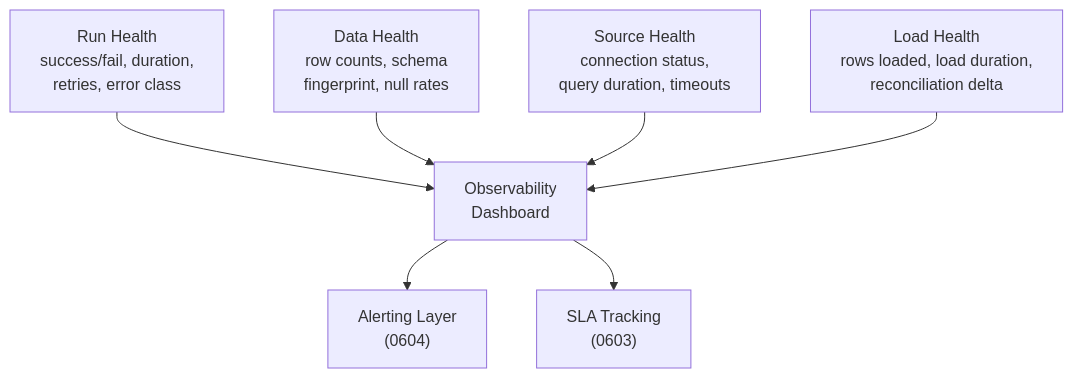
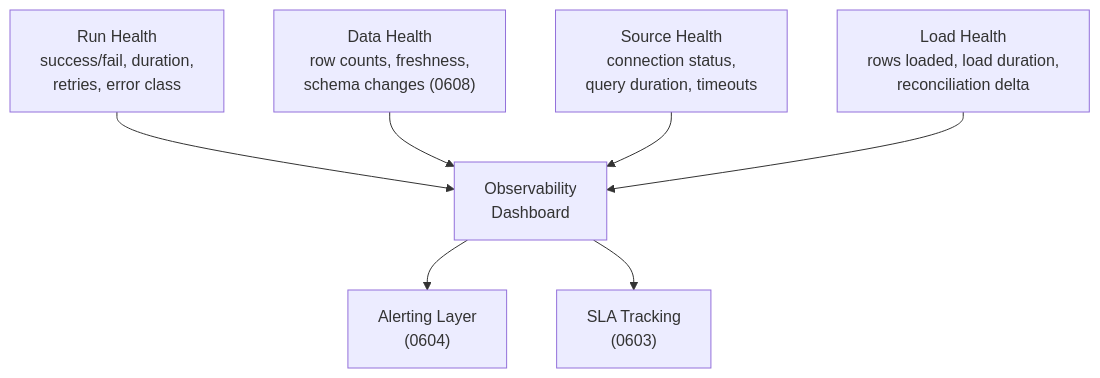
The diagram in 06-operating-the-pipeline/0601-monitoring-observability.md (alonsoburon/libro_el), drawn with Mermaid before and after one commit. The commit also changed other lines of this file and 37 other files, not shown here.

````diff
--- a/06-operating-the-pipeline/0601-monitoring-observability.md
+++ b/06-operating-the-pipeline/0601-monitoring-observability.md
@@ -56,9 +87,9 @@
 ```mermaid
 flowchart TD
     run["Run Health<br/>success/fail, duration,<br/>retries, error class"] --> dash["Observability<br/>Dashboard"]
-    data["Data Health<br/>row counts, schema<br/>fingerprint, null rates"] --> dash
+    data["Data Health<br/>row counts, freshness,<br/>schema changes (0608)"] --> dash
     src["Source Health<br/>connection status,<br/>query duration, timeouts"] --> dash
     load["Load Health<br/>rows loaded, load duration,<br/>reconciliation delta"] --> dash
     dash --> alert["Alerting Layer<br/>(0604)"]
     dash --> sla["SLA Tracking<br/>(0603)"]
 ```
````
